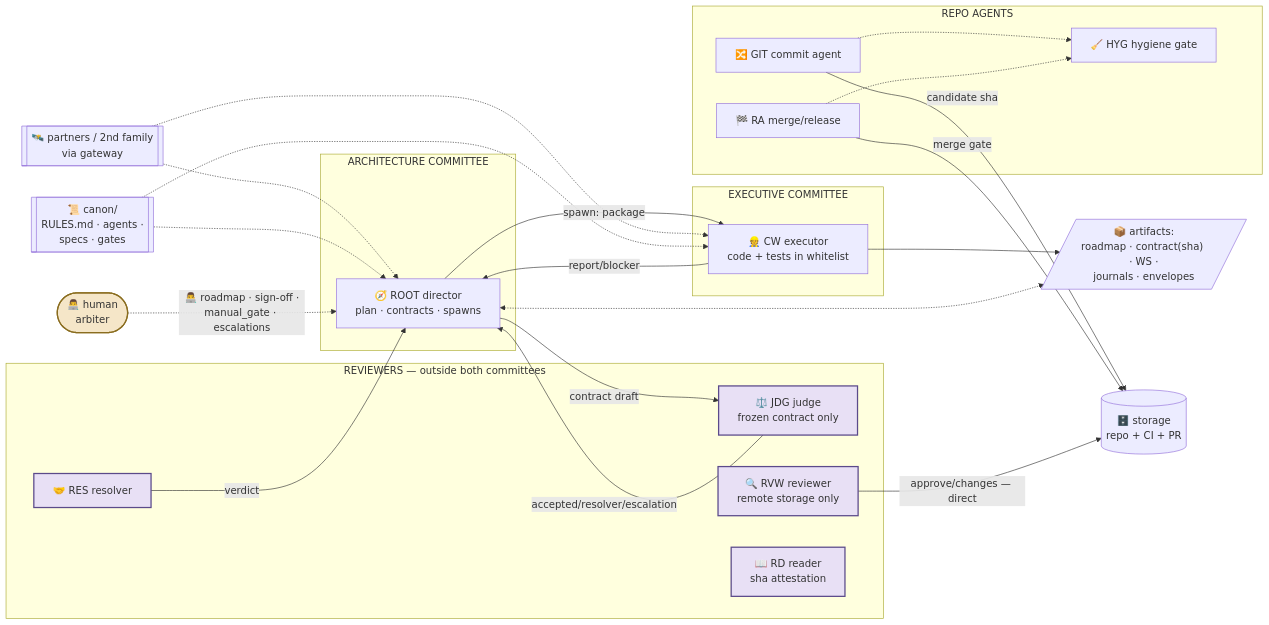
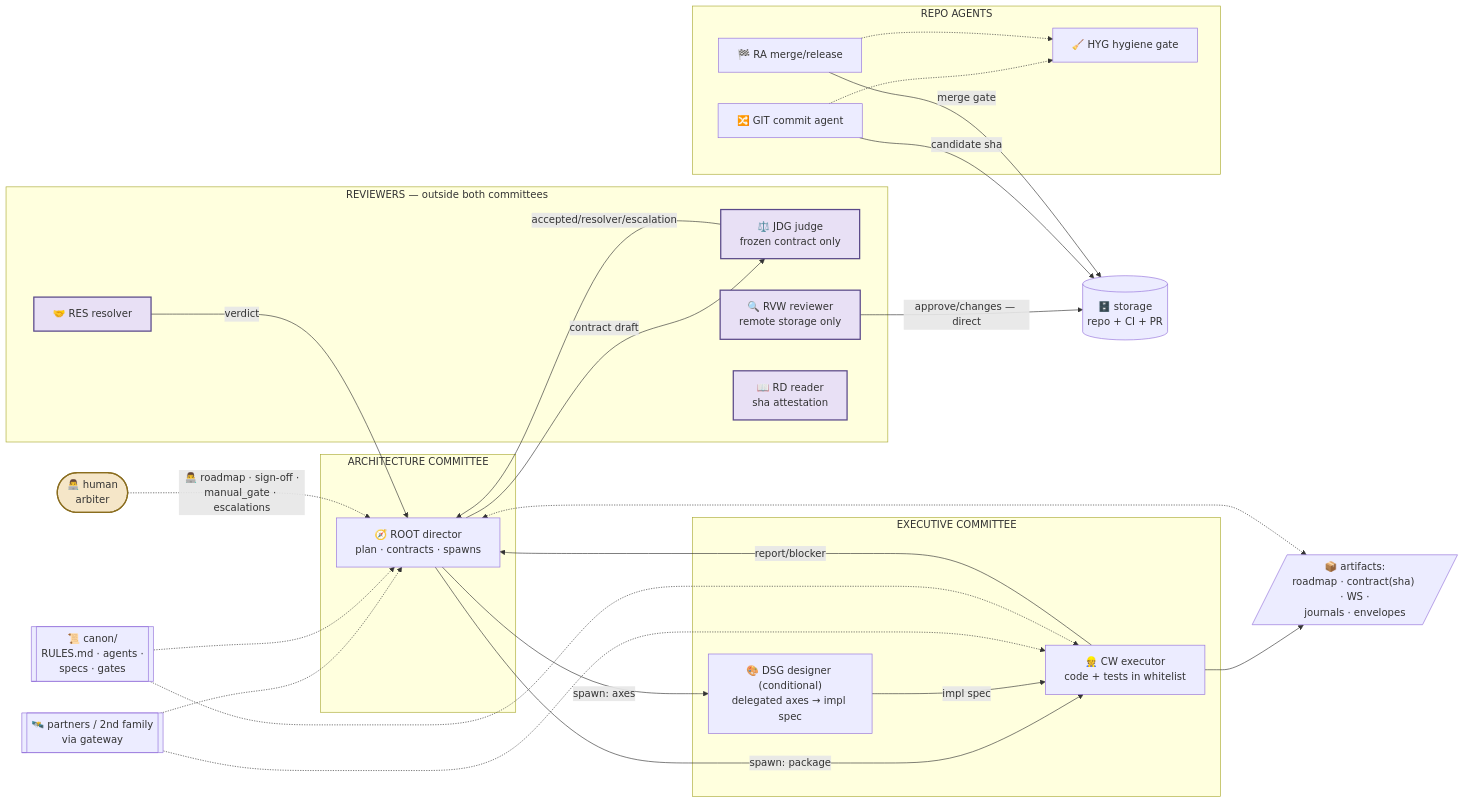
The diagram in docs/en/diagrams/cycle_structure.mmd (ychetka/CCSDD), drawn with Mermaid before and after one commit. The commit also changed 14 other files, not shown here.

```diff
--- a/docs/en/diagrams/cycle_structure.mmd
+++ b/docs/en/diagrams/cycle_structure.mmd
@@ -1,47 +1,50 @@
 flowchart LR
   subgraph COM1["ARCHITECTURE COMMITTEE"]
     ROOT["🧭 ROOT director<br/>plan · contracts · spawns"]
   end
   subgraph COM2["EXECUTIVE COMMITTEE"]
     CW["👷 CW executor<br/>code + tests in whitelist"]
+    DSG["🎨 DSG designer (conditional)<br/>delegated axes → impl spec"]
   end
   subgraph REV["REVIEWERS — outside both committees"]
     JDG["⚖️ JDG judge<br/>frozen contract only"]
     RVW["🔍 RVW reviewer<br/>remote storage only"]
     RES["🤝 RES resolver"]
     RD["📖 RD reader<br/>sha attestation"]
   end
   subgraph REPOS["REPO AGENTS"]
     GIT["🔀 GIT commit agent"]
     RA["🏁 RA merge/release"]
     HYG["🧹 HYG hygiene gate"]
   end
 
   ART[/"📦 artifacts:<br/>roadmap · contract(sha) · WS ·<br/>journals · envelopes"/]
   REPO[("🗄️ storage<br/>repo + CI + PR")]
   DEV(["👨‍💻 human<br/>arbiter"])
   PART[["🛰️ partners / 2nd family<br/>via gateway"]]
   RULES[["📜 canon/<br/>RULES.md · agents ·<br/>specs · gates"]]
 
   ROOT -->|spawn: package| CW
+  ROOT -->|spawn: axes| DSG
   ROOT -->|contract draft| JDG
+  DSG -->|impl spec| CW
   CW -->|report/blocker| ROOT
   CW --> ART
   JDG -->|accepted/resolver/escalation| ROOT
   RVW -->|approve/changes — direct| REPO
   RES -->|verdict| ROOT
   GIT -->|candidate sha| REPO
   RA -->|merge gate| REPO
   GIT -.-> HYG
   RA -.-> HYG
   ROOT <-.-> ART
   PART -.-> ROOT
   PART -.-> CW
   RULES -.-> ROOT
   RULES -.-> CW
   DEV -.->|👨‍💻 roadmap · sign-off ·<br/>manual_gate · escalations| ROOT
 
   classDef human fill:#f5e6c8,stroke:#8a6d1f,stroke-width:2px
   classDef rev fill:#e8e0f5,stroke:#5b4a8a,stroke-width:2px
   class DEV human
   class JDG,RVW,RES,RD rev
```
